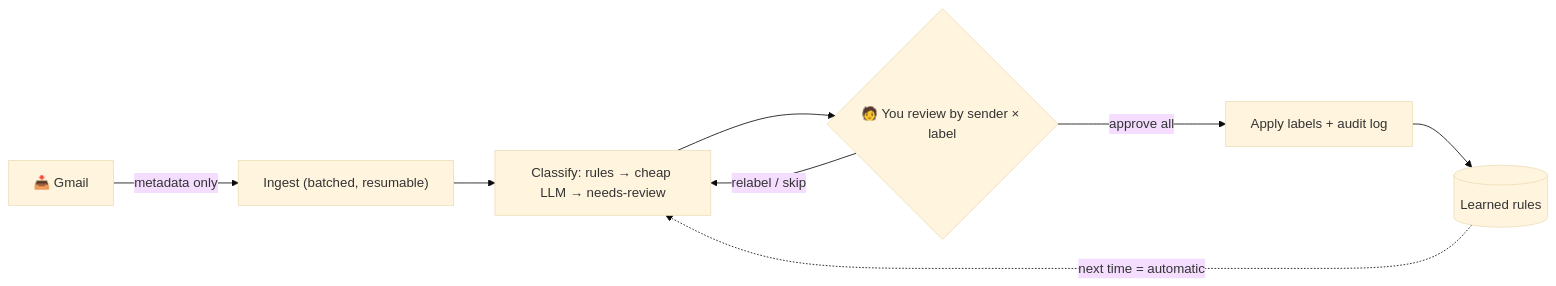
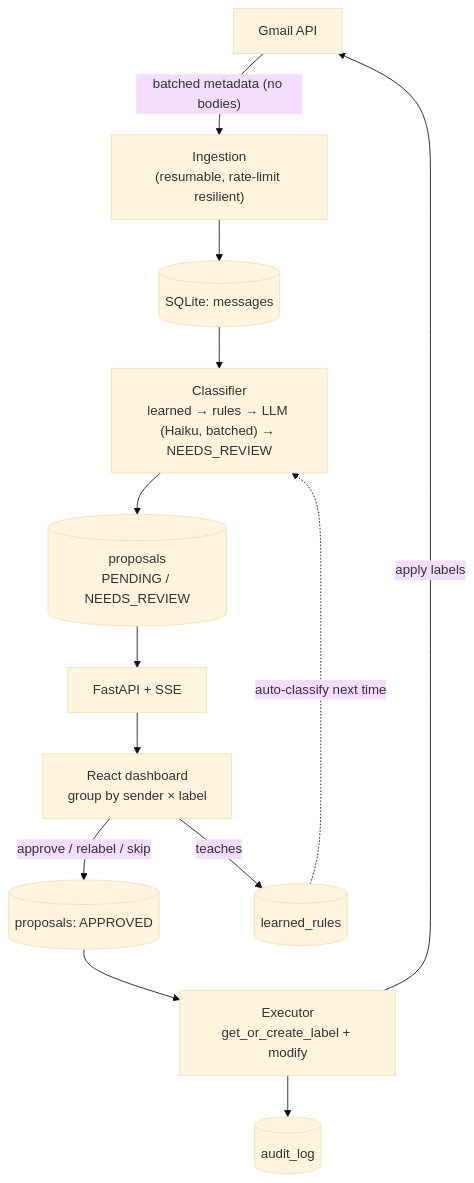
Before and after one commit to chamanthmvs/Inbox-pilot: the diagram in README.md, drawn with Mermaid (base theme). The commit also changed other lines of this file and 3 other files, not shown here.

Commit message:
Refine README (cleaner + technical); redesign the GitHub Pages site (animated gradient, glass UI, pain/problem/solution, accurate flow diagram); stop tracking the local assistant-notes file

````diff
--- a/README.md
+++ b/README.md
@@ -68,10 +34,15 @@
 ```mermaid
-flowchart LR
-  G["📥 Gmail"] -->|metadata only| I["Ingest (batched, resumable)"]
-  I --> C["Classify: rules → cheap LLM → needs-review"]
-  C --> R{"🧑 You review by sender × label"}
-  R -->|approve all| A["Apply labels + audit log"]
-  R -->|relabel / skip| C
-  A --> L[("Learned rules")]
-  L -.->|next time = automatic| C
+flowchart TD
+  GM["Gmail API"] -->|"batched metadata (no bodies)"| ING["Ingestion<br/>(resumable, rate-limit resilient)"]
+  ING --> MSGS[("SQLite: messages")]
+  MSGS --> CLS["Classifier<br/>learned → rules → LLM (Haiku, batched) → NEEDS_REVIEW"]
+  CLS --> PROP[("proposals<br/>PENDING / NEEDS_REVIEW")]
+  PROP --> API["FastAPI + SSE"]
+  API --> UI["React dashboard<br/>group by sender × label"]
+  UI -->|"approve / relabel / skip"| APPR[("proposals: APPROVED")]
+  UI -->|"teaches"| LR[("learned_rules")]
+  LR -.->|"auto-classify next time"| CLS
+  APPR --> EXE["Executor<br/>get_or_create_label + modify"]
+  EXE -->|"apply labels"| GM
+  EXE --> AUD[("audit_log")]
 ```
````
